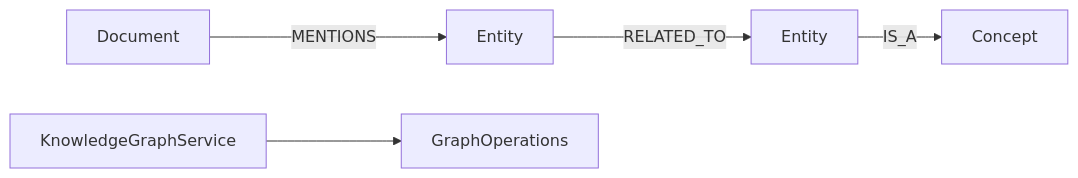
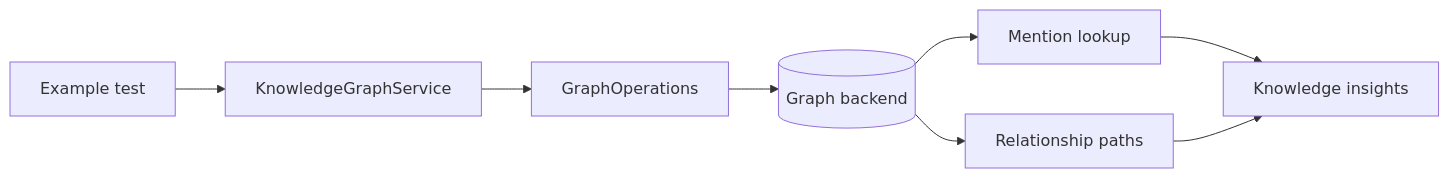
The first of 3 diagrams in examples/knowledge-graph-examples/README.ko.md (bluetape4k/bluetape4k-graph), drawn with Mermaid before and after one commit. The commit also changed other lines of this file and 6 other files, not shown here.

First line of the commit message:
docs: make domain graph examples easier to learn

````diff
--- a/examples/knowledge-graph-examples/README.ko.md
+++ b/examples/knowledge-graph-examples/README.ko.md
@@ -9,7 +33,10 @@
 ```mermaid
 flowchart LR
-    Document[Document] -->|MENTIONS| EntityA[Entity]
-    EntityA -->|RELATED_TO| EntityB[Entity]
-    EntityB -->|IS_A| Concept[Concept]
-    Service[KnowledgeGraphService] --> Ops[GraphOperations]
+    Test[Example test] --> Service[KnowledgeGraphService]
+    Service --> Ops[GraphOperations]
+    Ops --> Backend[(Graph backend)]
+    Backend --> Lookup[Mention lookup]
+    Backend --> Paths[Relationship paths]
+    Lookup --> Insights[Knowledge insights]
+    Paths --> Insights
 ```
````
